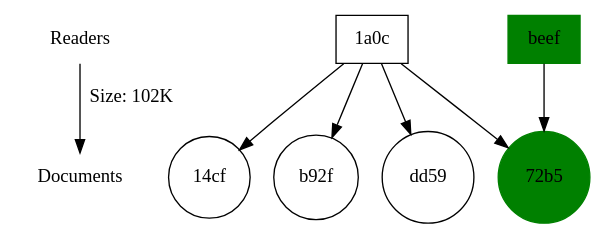
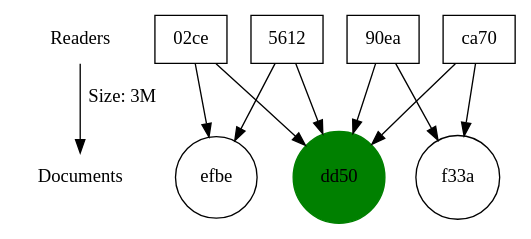
The diagram in outputs/graph.dot (Danielryan98/DataAnalysisTool), drawn with Graphviz before and after one commit. The commit also changed 5 other files, not shown here.

```diff
--- a/outputs/graph.dot
+++ b/outputs/graph.dot
@@ -1,19 +1,24 @@
 digraph "also likes" {
 	Readers [label=Readers shape=none]
 	Documents [label=Documents shape=none]
-	Readers -> Documents [label="Size: 102K"]
-	"72b5" [label="72b5" color=green shape=circle style=filled]
-	"1a0c" [label="1a0c" shape=box]
-	"1a0c" -> "72b5"
-	beef [label=beef color=green shape=box style=filled]
-	beef -> "72b5"
-	"14cf" [label="14cf" shape=circle]
-	"1a0c" [label="1a0c" shape=box]
-	"1a0c" -> "14cf"
-	b92f [label=b92f shape=circle]
-	"1a0c" [label="1a0c" shape=box]
-	"1a0c" -> b92f
-	dd59 [label=dd59 shape=circle]
-	"1a0c" [label="1a0c" shape=box]
-	"1a0c" -> dd59
+	Readers -> Documents [label="Size: 3M"]
+	dd50 [label=dd50 color=green shape=circle style=filled]
+	5612 [label=5612 shape=box]
+	5612 -> dd50
+	"90ea" [label="90ea" shape=box]
+	"90ea" -> dd50
+	"02ce" [label="02ce" shape=box]
+	"02ce" -> dd50
+	ca70 [label=ca70 shape=box]
+	ca70 -> dd50
+	efbe [label=efbe shape=circle]
+	5612 [label=5612 shape=box]
+	5612 -> efbe
+	"02ce" [label="02ce" shape=box]
+	"02ce" -> efbe
+	f33a [label=f33a shape=circle]
+	"90ea" [label="90ea" shape=box]
+	"90ea" -> f33a
+	ca70 [label=ca70 shape=box]
+	ca70 -> f33a
 }
```
